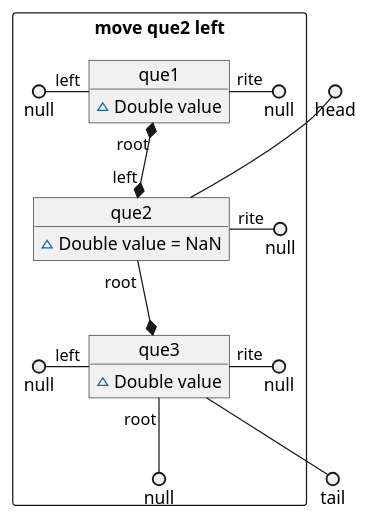
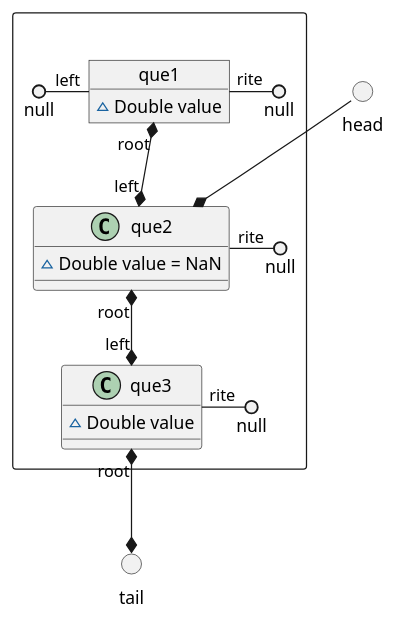
Before and after one commit to vitalispopoff/calculator: the diagram in src/docs/UML/reorderScheme/_03_queue.puml, drawn with PlantUML. The commit also changed 16 other files, not shown here.

```diff
--- a/src/docs/UML/reorderScheme/_03_queue.puml
+++ b/src/docs/UML/reorderScheme/_03_queue.puml
@@ -1,29 +1,31 @@
 @startuml
 
-package "move que2 left" <<Rectangle>>{
+() head
+() tail
+
+package " " <<Rectangle>>{
+
+    head --* que2
 
     object que1{
         ~ Double value
     }
         null ()- "left" que1
         que1 "rite" -() null
+        que1 "root" *--* "left" que2
 
     object que2{
         ~ Double value = NaN
     }
         que2 "rite" -() null
+        que2 "root" *--*  "left" que3
 
     object que3{
         ~ Double value
     }
-        null ()- "left" que3
         que3 "rite" -() null
-        que3 "root" --() null
-
-    que1 "root" *--* "left" que2
-    que2 "root" --*  que3
+        que3 "root" *--* tail
 
 }
-     head ()-- que2
-     que3 --() tail
+
 @enduml
```
